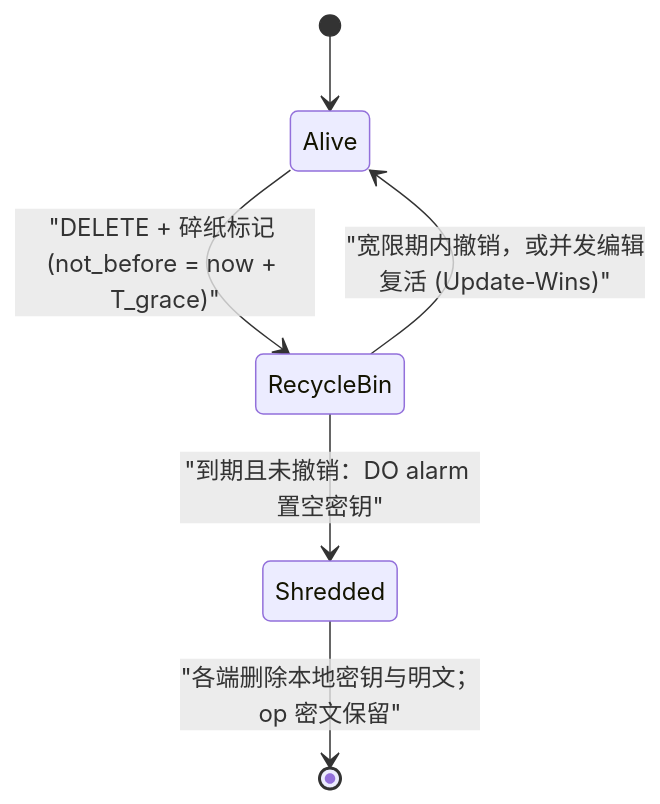
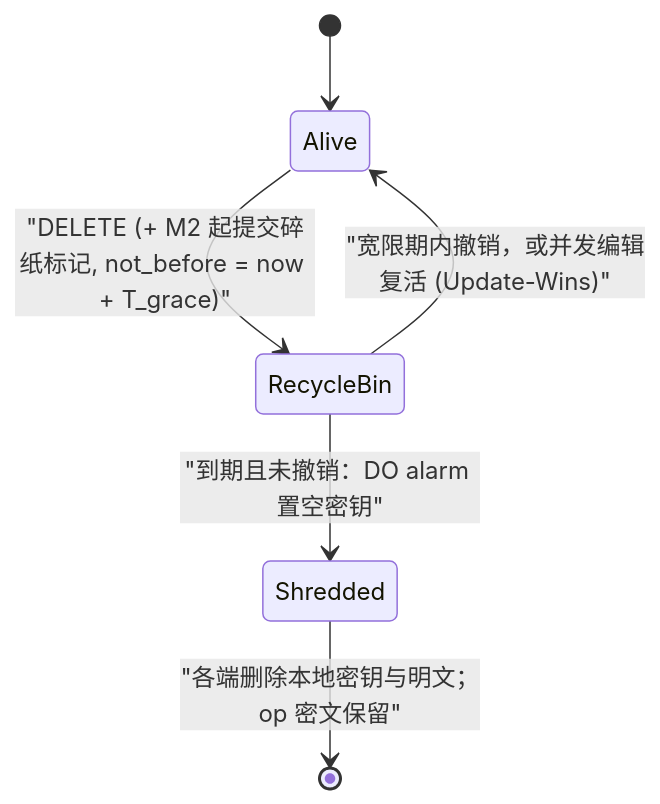
One commit to gray0128/my-note changed the first of 2 diagrams in docs/sync-protocol.md. Above: the diagram before and after it, drawn with Mermaid. The commit also changed other lines of this file and 8 other files, not shown here.

````diff
--- a/docs/sync-protocol.md
+++ b/docs/sync-protocol.md
@@ -230,8 +231,8 @@
 ```mermaid
 stateDiagram-v2
     [*] --> Alive
-    Alive --> RecycleBin : "DELETE + 碎纸标记 (not_before = now + T_grace)"
+    Alive --> RecycleBin : "DELETE (+ M2 起提交碎纸标记, not_before = now + T_grace)"
     RecycleBin --> Alive : "宽限期内撤销，或并发编辑复活 (Update-Wins)"
     RecycleBin --> Shredded : "到期且未撤销：DO alarm 置空密钥"
     Shredded --> [*] : "各端删除本地密钥与明文；op 密文保留"
 ```
````
